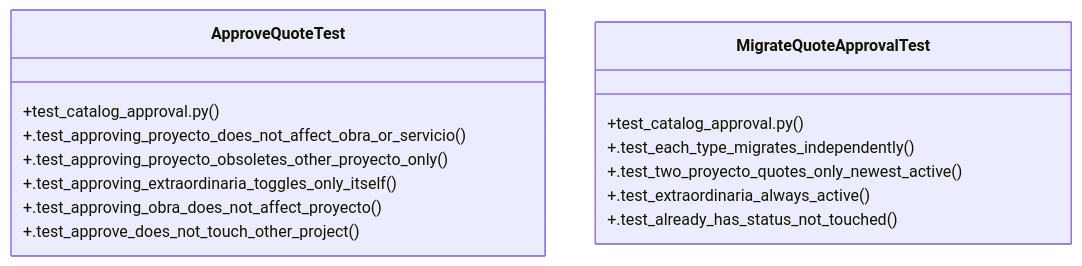
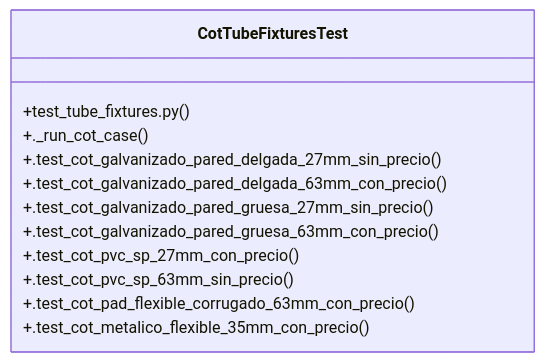
Before and after one commit to Daftrick/ProjectTracker: the diagram in graphify-out/wiki/Community_18.md, drawn with Mermaid. The commit also changed other lines of this file and 413 other files, not shown here.

````diff
--- a/graphify-out/wiki/Community_18.md
+++ b/graphify-out/wiki/Community_18.md
@@ -27,18 +33,15 @@
 ```mermaid
 classDiagram
-    class ApproveQuoteTest {
-        +test_catalog_approval.py()
-        +.test_approving_proyecto_does_not_affect_obra_or_servicio()
-        +.test_approving_proyecto_obsoletes_other_proyecto_only()
-        +.test_approving_extraordinaria_toggles_only_itself()
-        +.test_approving_obra_does_not_affect_proyecto()
-        +.test_approve_does_not_touch_other_project()
-    }
-    class MigrateQuoteApprovalTest {
-        +test_catalog_approval.py()
-        +.test_each_type_migrates_independently()
-        +.test_two_proyecto_quotes_only_newest_active()
-        +.test_extraordinaria_always_active()
-        +.test_already_has_status_not_touched()
+    class CotTubeFixturesTest {
+        +test_tube_fixtures.py()
+        +._run_cot_case()
+        +.test_cot_galvanizado_pared_delgada_27mm_sin_precio()
+        +.test_cot_galvanizado_pared_delgada_63mm_con_precio()
+        +.test_cot_galvanizado_pared_gruesa_27mm_sin_precio()
+        +.test_cot_galvanizado_pared_gruesa_63mm_con_precio()
+        +.test_cot_pvc_sp_27mm_con_precio()
+        +.test_cot_pvc_sp_63mm_sin_precio()
+        +.test_cot_pad_flexible_corrugado_63mm_con_precio()
+        +.test_cot_metalico_flexible_35mm_con_precio()
     }
 ```
````
